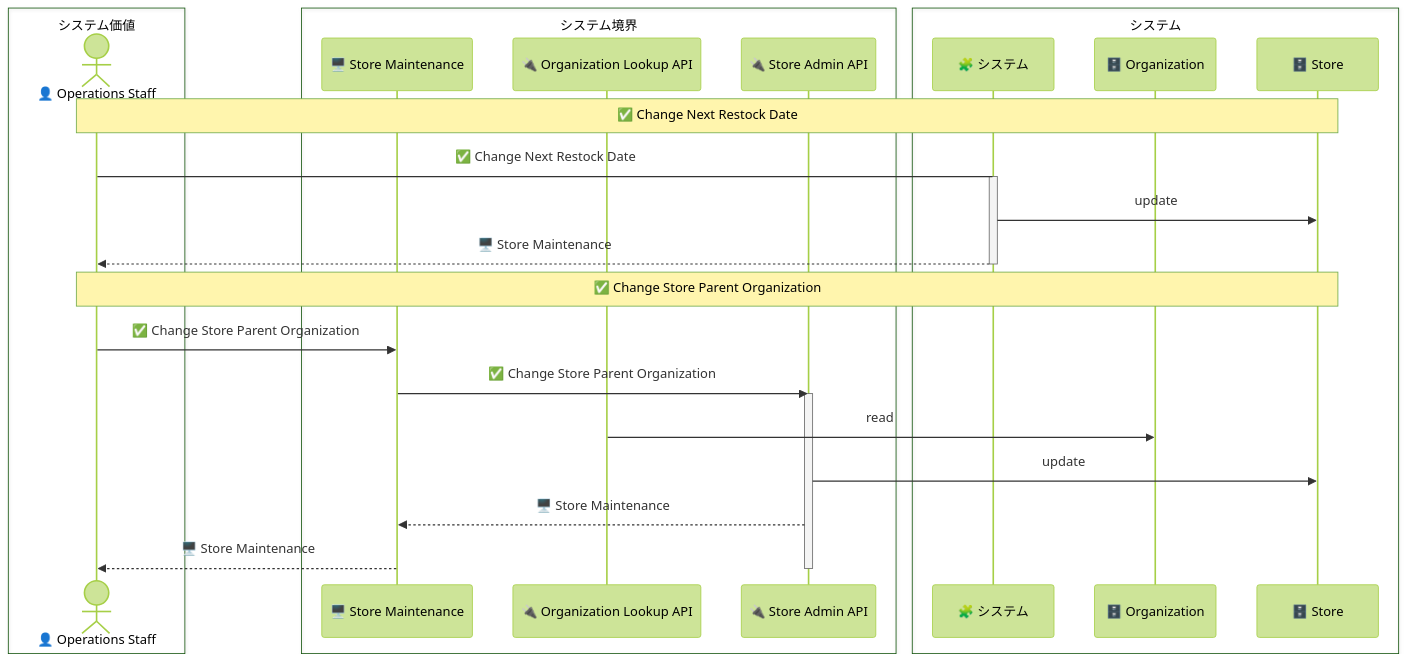
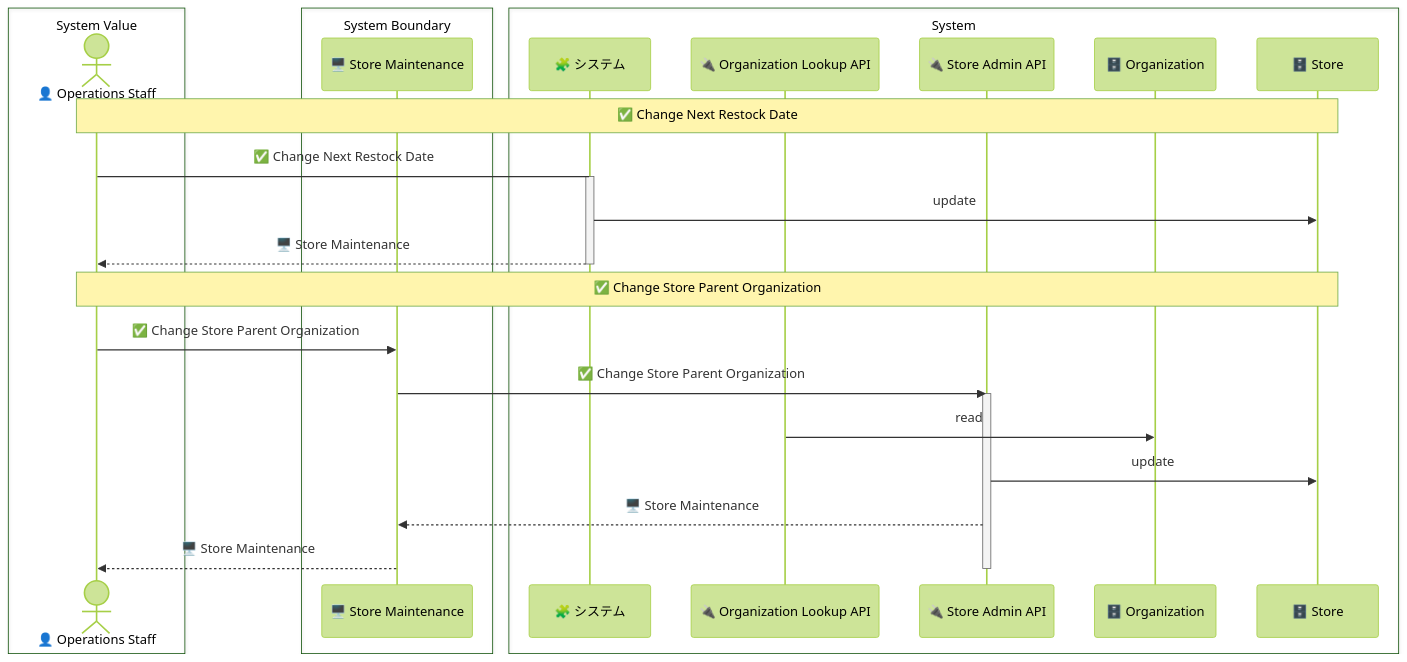
One commit to manji-0/rdra-ish-dsl changed the second of 3 diagrams in samples/incremental-order/step-3-interaction-boundary/design.md. Above: the diagram before and after it, drawn with Mermaid (forest theme). The commit also changed other lines of this file and 122 other files, not shown here.

Commit message:
feat: align diagram layers

````diff
--- a/samples/incremental-order/step-3-interaction-boundary/design.md
+++ b/samples/incremental-order/step-3-interaction-boundary/design.md
@@ -77,33 +96,33 @@
 ```mermaid
 sequenceDiagram
-  box システム価値
+  box System Value
     actor OpsStaff as 👤 Operations Staff
   end
-  box システム境界
+  box System Boundary
     participant StoreMaintenanceScreen as 🖥️ Store Maintenance
+  end
+  box System
+    participant System as 🧩 システム
     participant OrganizationLookupApi as 🔌 Organization Lookup API
     participant StoreAdminApi as 🔌 Store Admin API
-  end
-  box システム
-    participant System as 🧩 システム
     participant Organization as 🗄️ Organization
     participant Store as 🗄️ Store
   end
 
   Note over OpsStaff,Store: ✅ Change Next Restock Date
   OpsStaff->System: ✅ Change Next Restock Date
   activate System
   System->>Store: update
   System-->>OpsStaff: 🖥️ Store Maintenance
   deactivate System
 
   Note over OpsStaff,Store: ✅ Change Store Parent Organization
   OpsStaff->>StoreMaintenanceScreen: ✅ Change Store Parent Organization
   StoreMaintenanceScreen->>StoreAdminApi: ✅ Change Store Parent Organization
   activate StoreAdminApi
   OrganizationLookupApi->>Organization: read
   StoreAdminApi->>Store: update
   StoreAdminApi-->>StoreMaintenanceScreen: 🖥️ Store Maintenance
   StoreMaintenanceScreen-->>OpsStaff: 🖥️ Store Maintenance
   deactivate StoreAdminApi
 ```
````
